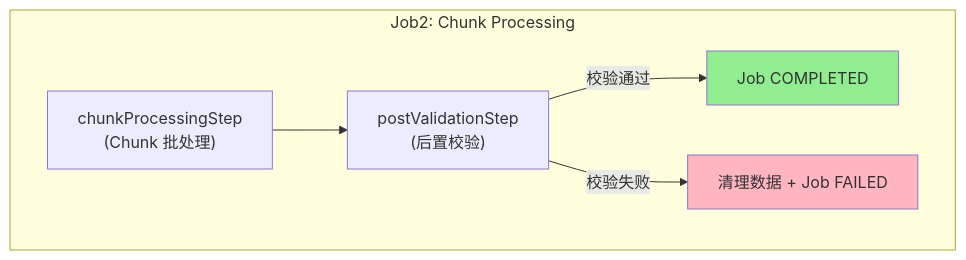
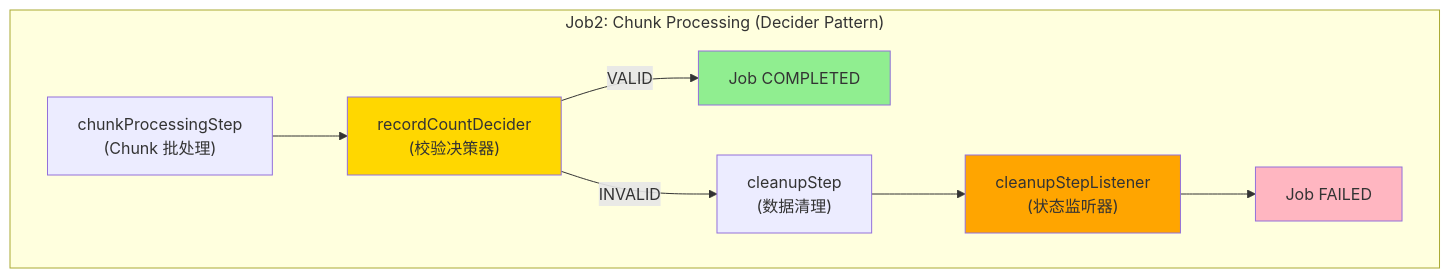
The second of 4 diagrams in docs/测试文档.md (SEVENTEEN-TAN/BatchWeaver), drawn with Mermaid before and after one commit. The commit also changed other lines of this file and 3 other files, not shown here.

````diff
--- a/docs/测试文档.md
+++ b/docs/测试文档.md
@@ -286,15 +286,20 @@
 ```mermaid
 flowchart TB
-    subgraph Job2["Job2: Chunk Processing"]
+    subgraph Job2["Job2: Chunk Processing (Decider Pattern)"]
         S1["chunkProcessingStep<br/>(Chunk 批处理)"]
-        S2["postValidationStep<br/>(后置校验)"]
+        D["recordCountDecider<br/>(校验决策器)"]
+        S2["cleanupStep<br/>(数据清理)"]
+        L["cleanupStepListener<br/>(状态监听器)"]
 
-        S1 --> S2
+        S1 --> D
 
-        S2 -->|校验通过| SUCCESS[Job COMPLETED]
-        S2 -->|校验失败| ROLLBACK[清理数据 + Job FAILED]
+        D -->|VALID| SUCCESS[Job COMPLETED]
+        D -->|INVALID| S2
+        S2 --> L --> END2[Job FAILED]
 
+        style D fill:#FFD700
         style SUCCESS fill:#90EE90
-        style ROLLBACK fill:#FFB6C1
+        style L fill:#FFA500
+        style END2 fill:#FFB6C1
     end
 ```
````
